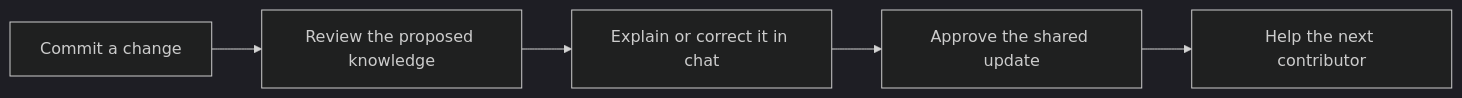
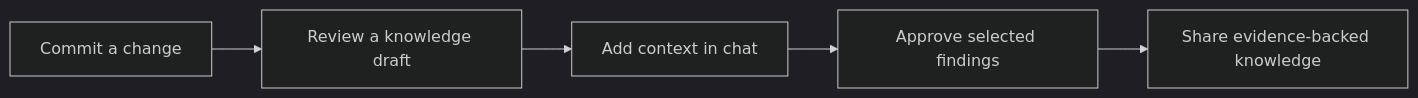
One commit to vishesh-banna0/Knect changed the diagram in README.md. Above: the diagram before and after it, drawn with Mermaid (dark theme). The commit also changed other lines of this file, not shown here.

````diff
--- a/README.md
+++ b/README.md
@@ -20,10 +20,7 @@
 ```mermaid
 flowchart LR
-    commit["Commit a change"]
-    draft["Review the proposed knowledge"]
-    discuss["Explain or correct it in chat"]
-    publish["Approve the shared update"]
-    reuse["Help the next contributor"]
-
-    commit --> draft --> discuss --> publish --> reuse
+    change["Commit a change"] --> proposal["Review a knowledge draft"]
+    proposal --> conversation["Add context in chat"]
+    conversation --> approval["Approve selected findings"]
+    approval --> knowledge["Share evidence-backed knowledge"]
 ```
````
